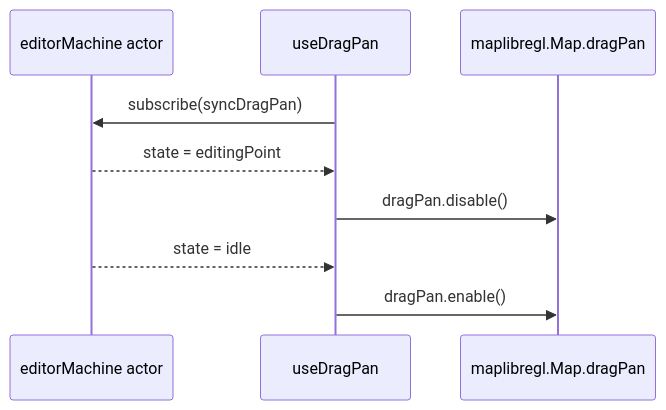
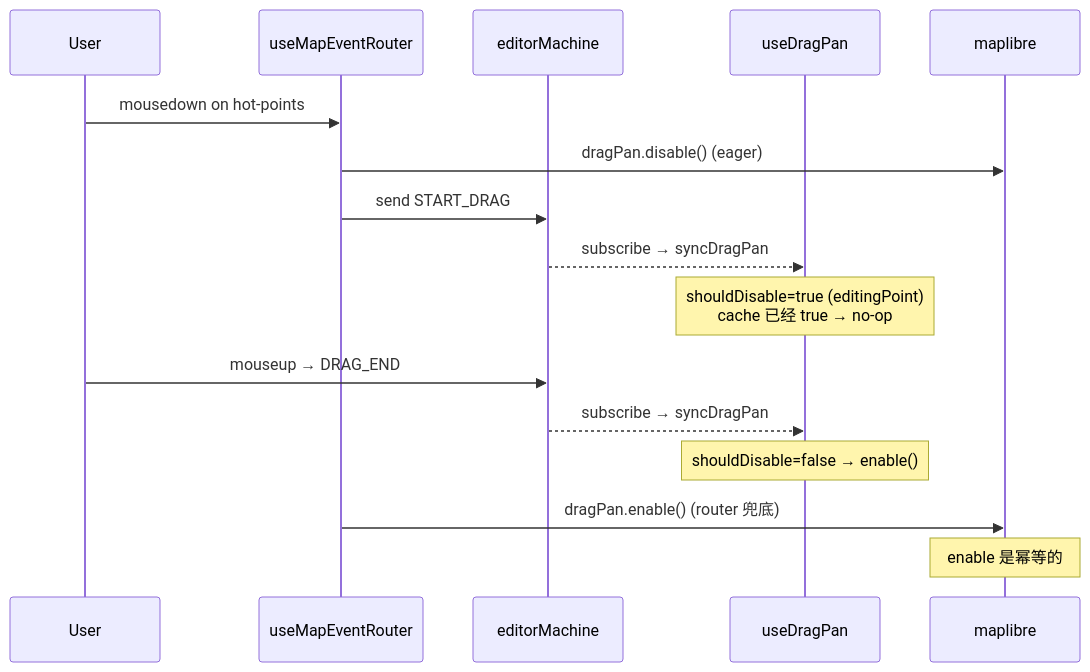
One commit to SakuraPuare/apollo-map-studio changed the diagram in docs/api/hooks/use-drag-pan.md. Above: the diagram before and after it, drawn with Mermaid. The commit also changed other lines of this file and 414 other files, not shown here.

````diff
--- a/docs/api/hooks/use-drag-pan.md
+++ b/docs/api/hooks/use-drag-pan.md
@@ -69,12 +215,19 @@
 ```mermaid
 sequenceDiagram
-    participant FSM as editorMachine actor
-    participant Hook as useDragPan
-    participant Map as maplibregl.Map.dragPan
+    participant User
+    participant Router as useMapEventRouter
+    participant FSM as editorMachine
+    participant Pan as useDragPan
+    participant Map as maplibre
 
-    Hook->>FSM: subscribe(syncDragPan)
-    FSM-->>Hook: state = editingPoint
-    Hook->>Map: dragPan.disable()
-    FSM-->>Hook: state = idle
-    Hook->>Map: dragPan.enable()
+    User->>Router: mousedown on hot-points
+    Router->>Map: dragPan.disable() (eager)
+    Router->>FSM: send START_DRAG
+    FSM-->>Pan: subscribe → syncDragPan
+    Note over Pan: shouldDisable=true (editingPoint)<br/>cache 已经 true → no-op
+    User->>FSM: mouseup → DRAG_END
+    FSM-->>Pan: subscribe → syncDragPan
+    Note over Pan: shouldDisable=false → enable()
+    Router->>Map: dragPan.enable() (router 兜底)
+    Note over Map: enable 是幂等的
 ```
````
